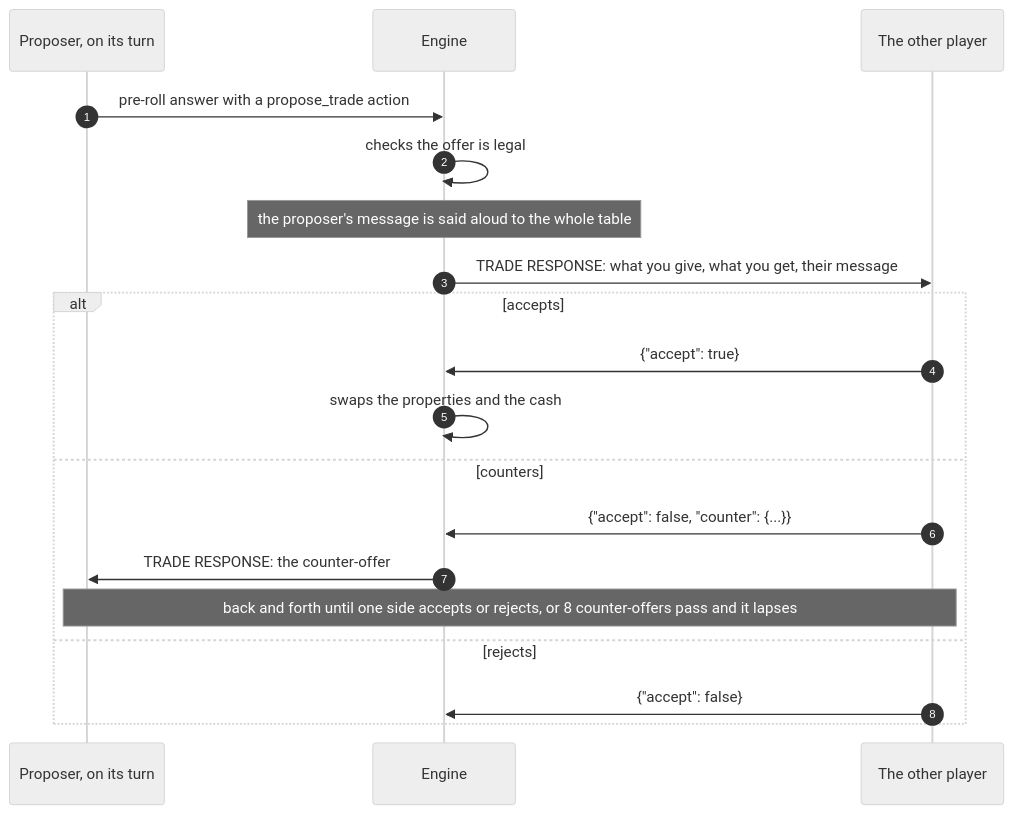
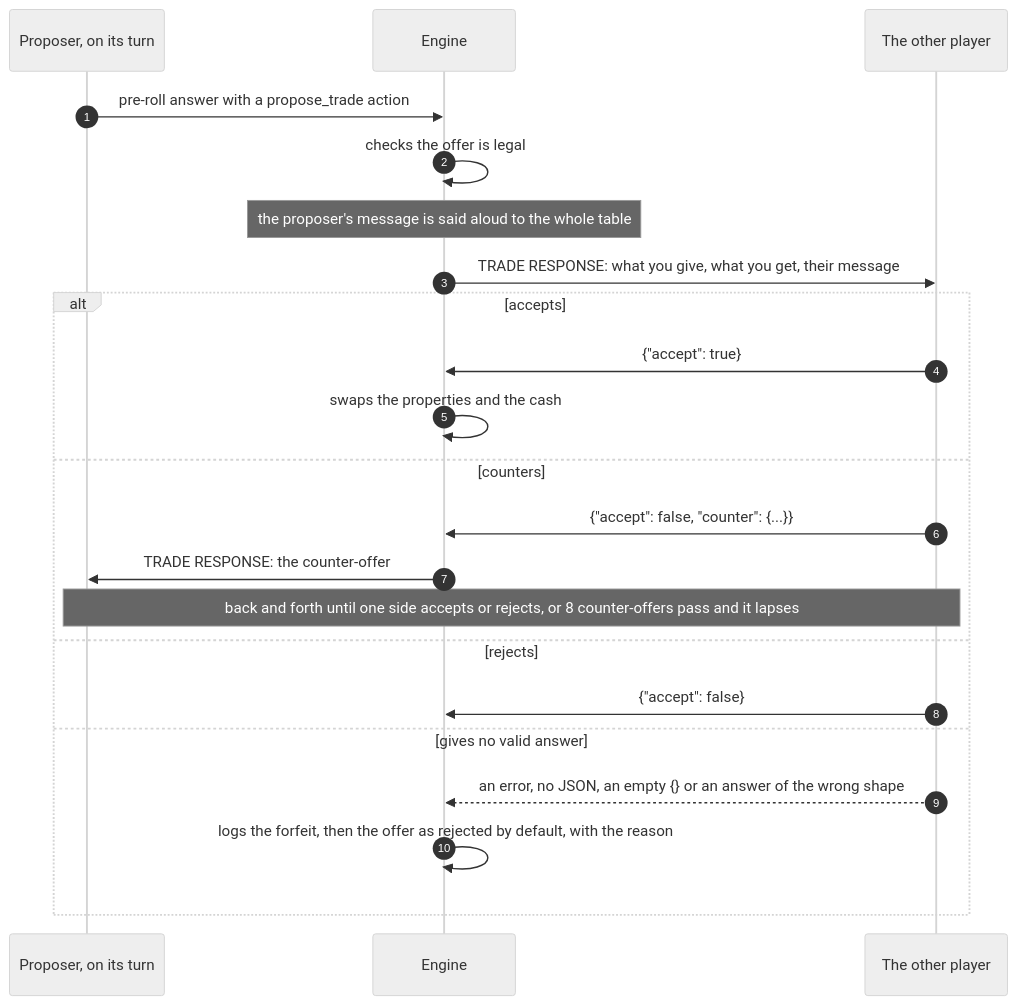
The second of 6 diagrams in AI.md (fadil-karim/monopoly-simulator), drawn with Mermaid (neutral theme) before and after one commit. The commit also changed other lines of this file and 5 other files, not shown here.

````diff
--- a/AI.md
+++ b/AI.md
@@ -93,21 +101,24 @@
 ```mermaid
 sequenceDiagram
     autonumber
     participant A as Proposer, on its turn
     participant E as Engine
     participant B as The other player
     A->>E: pre-roll answer with a propose_trade action
     E->>E: checks the offer is legal
     Note over E: the proposer's message is said aloud to the whole table
     E->>B: TRADE RESPONSE: what you give, what you get, their message
     alt accepts
         B->>E: {"accept": true}
         E->>E: swaps the properties and the cash
     else counters
         B->>E: {"accept": false, "counter": {...}}
         E->>A: TRADE RESPONSE: the counter-offer
         Note over A,B: back and forth until one side accepts or rejects, or 8 counter-offers pass and it lapses
     else rejects
         B->>E: {"accept": false}
+    else gives no valid answer
+        B-->>E: an error, no JSON, an empty {} or an answer of the wrong shape
+        E->>E: logs the forfeit, then the offer as rejected by default, with the reason
     end
 ```
````
